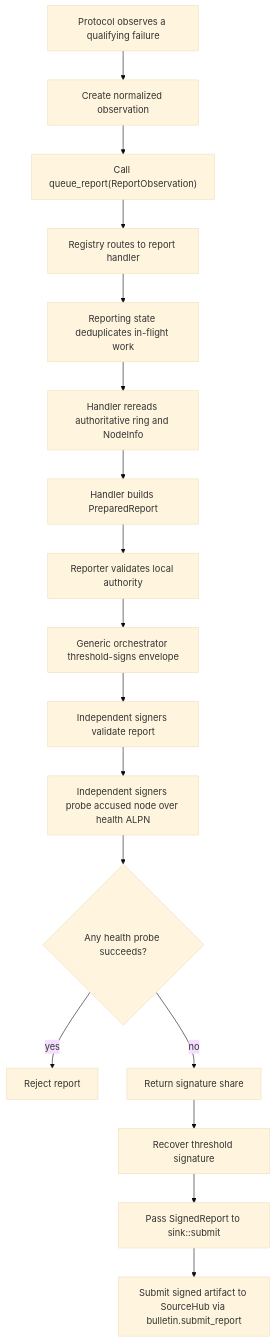
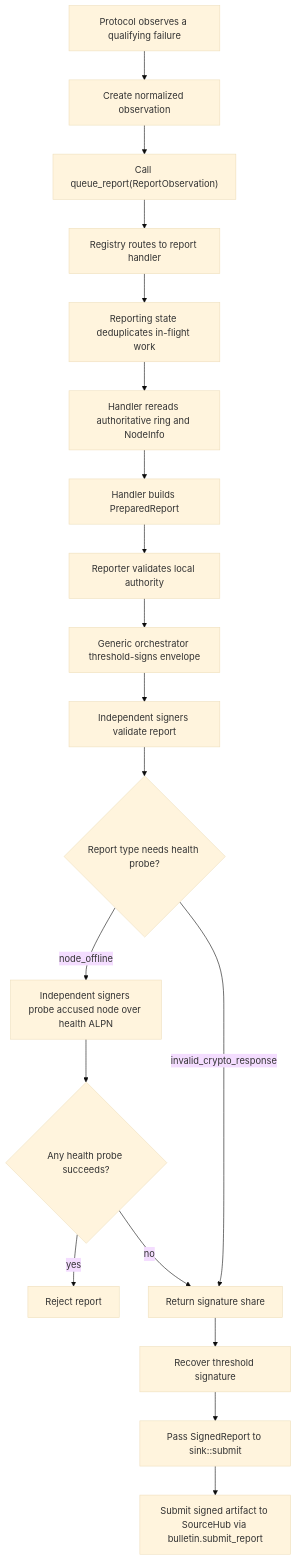
The diagram in bin/orbis-node/src/reporting/README.md (sourcenetwork/orbis-rs), drawn with Mermaid (base theme) before and after one commit. The commit also changed other lines of this file and 73 other files, not shown here.

First line of the commit message:
Bad crypto report (#204)

````diff
--- a/bin/orbis-node/src/reporting/README.md
+++ b/bin/orbis-node/src/reporting/README.md
@@ -15,19 +16,21 @@
 ```mermaid
 flowchart TD
     A["Protocol observes a qualifying failure"] --> B["Create normalized observation"]
     B --> C["Call queue_report(ReportObservation)"]
     C --> D["Registry routes to report handler"]
     D --> E["Reporting state deduplicates in-flight work"]
     E --> F["Handler rereads authoritative ring and NodeInfo"]
     F --> G["Handler builds PreparedReport"]
     G --> H["Reporter validates local authority"]
     H --> I["Generic orchestrator threshold-signs envelope"]
     I --> J["Independent signers validate report"]
-    J --> K["Independent signers probe accused node over health ALPN"]
-    K --> L{"Any health probe succeeds?"}
-    L -- "yes" --> M["Reject report"]
-    L -- "no" --> N["Return signature share"]
-    N --> O["Recover threshold signature"]
-    O --> P["Pass SignedReport to sink::submit"]
-    P --> Q["Submit signed artifact to SourceHub via bulletin.submit_report"]
+    J --> K{"Report type needs health probe?"}
+    K -- "node_offline" --> L["Independent signers probe accused node over health ALPN"]
+    L --> M{"Any health probe succeeds?"}
+    M -- "yes" --> N["Reject report"]
+    M -- "no" --> O["Return signature share"]
+    K -- "invalid_crypto_response" --> O
+    O --> P["Recover threshold signature"]
+    P --> Q["Pass SignedReport to sink::submit"]
+    Q --> R["Submit signed artifact to SourceHub via bulletin.submit_report"]
 ```
````
